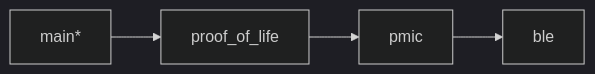
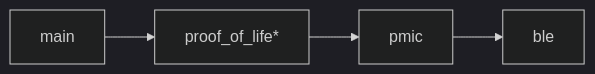
Before and after one commit to droidecahedron/nrf_peripheral_bfg: the diagram in README.md, drawn with Mermaid (dark theme). The commit also changed other lines of this file, not shown here.

````diff
--- a/README.md
+++ b/README.md
@@ -56,6 +3,6 @@
 ```mermaid
 graph LR;
-  main*-->proof_of_life;
-  proof_of_life-->pmic;
+  main-->proof_of_life*;
+  proof_of_life*-->pmic;
   pmic-->ble;
 ```
````
